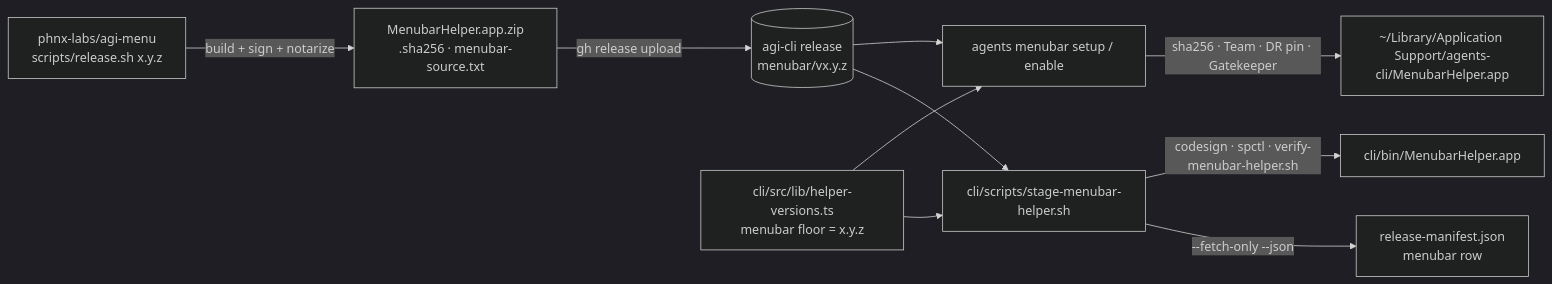
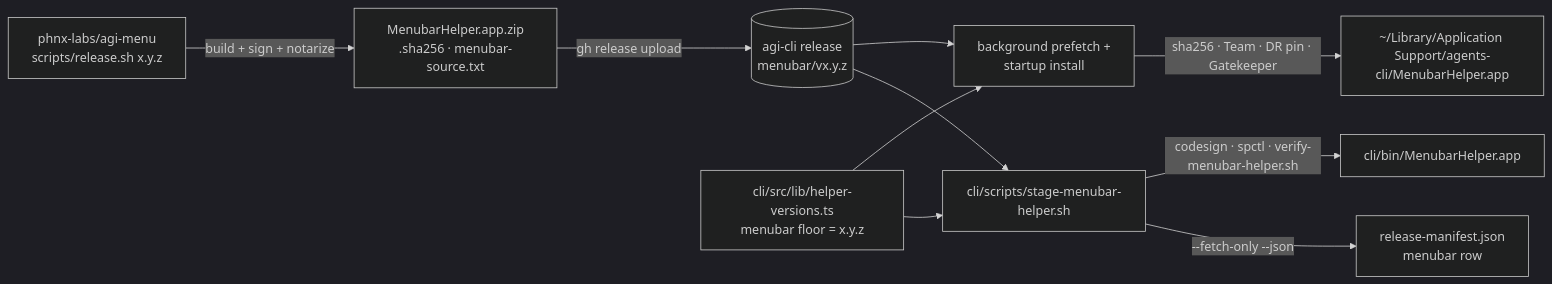
One commit to phnx-labs/agi-cli changed the diagram in cli/docs/menubar.md. Above: the diagram before and after it, drawn with Mermaid (dark theme). The commit also changed other lines of this file and 190 other files, not shown here.

````diff
--- a/cli/docs/menubar.md
+++ b/cli/docs/menubar.md
@@ -47,12 +47,12 @@
 ```mermaid
 flowchart LR
   A[phnx-labs/agi-menu<br/>scripts/release.sh x.y.z] -->|build + sign + notarize| B[MenubarHelper.app.zip<br/>.sha256 · menubar-source.txt]
   B -->|gh release upload| C[(agi-cli release<br/>menubar/vx.y.z)]
-  D[cli/src/lib/helper-versions.ts<br/>menubar floor = x.y.z] --> E[agents menubar setup / enable]
+  D[cli/src/lib/helper-versions.ts<br/>menubar floor = x.y.z] --> E[background prefetch +<br/>startup install]
   C --> E
   E -->|sha256 · Team · DR pin · Gatekeeper| F[~/Library/Application Support/agents-cli/MenubarHelper.app]
   C --> G[cli/scripts/stage-menubar-helper.sh]
   D --> G
   G -->|codesign · spctl · verify-menubar-helper.sh| H[cli/bin/MenubarHelper.app]
   G -->|--fetch-only --json| I[release-manifest.json<br/>menubar row]
 ```
````
